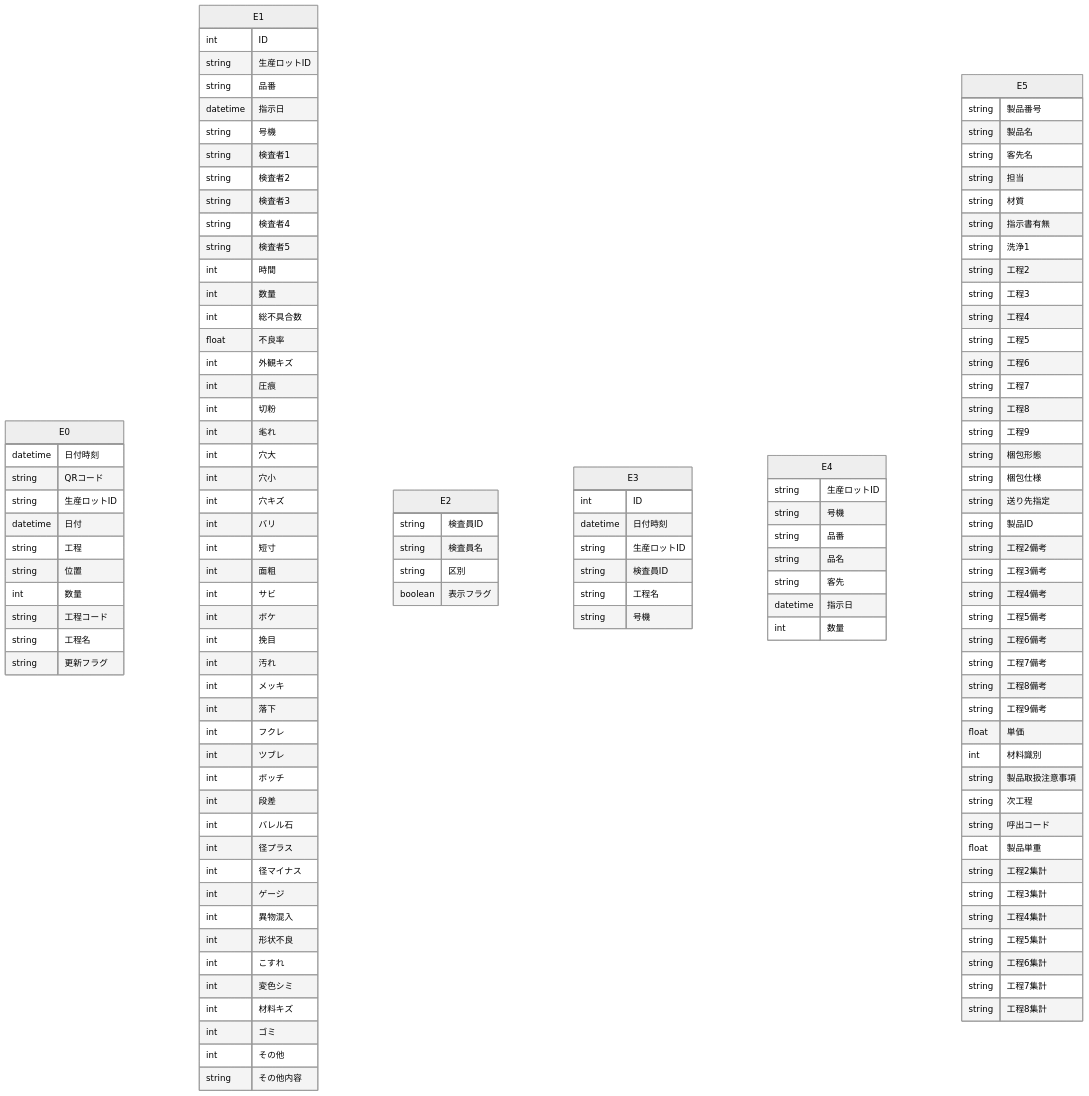
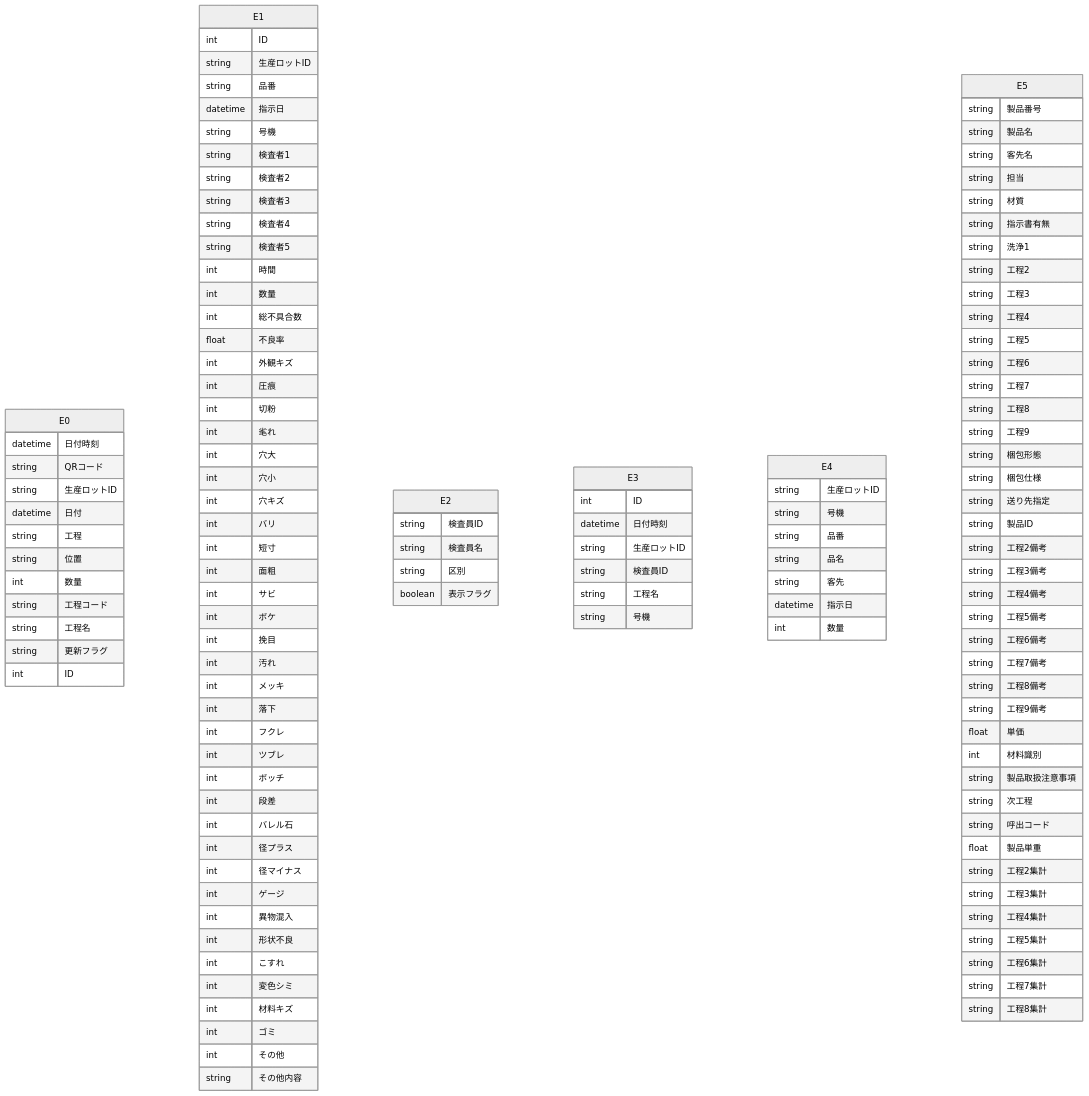
The diagram in docs/不具合情報検索_meta.md (Araiseimitsu-DIP-Department/defect_information_search), drawn with Mermaid (neutral theme) before and after one commit. The commit also changed other lines of this file and 28 other files, not shown here.

```diff
--- a/docs/不具合情報検索_meta.md
+++ b/docs/不具合情報検索_meta.md
@@ -76,6 +76,7 @@
     string 工程コード
     string 工程名
     string 更新フラグ
+    int ID
   }
   E1 {
     int ID
```
